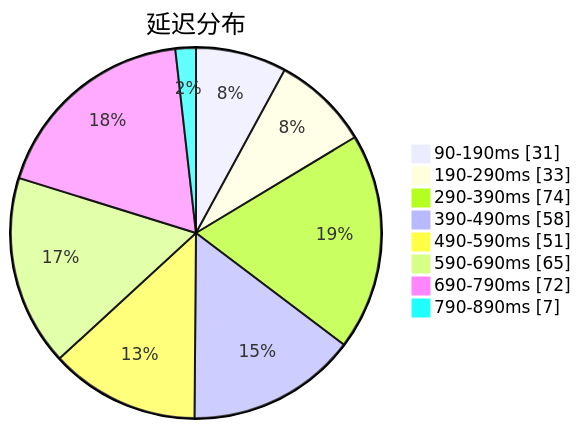
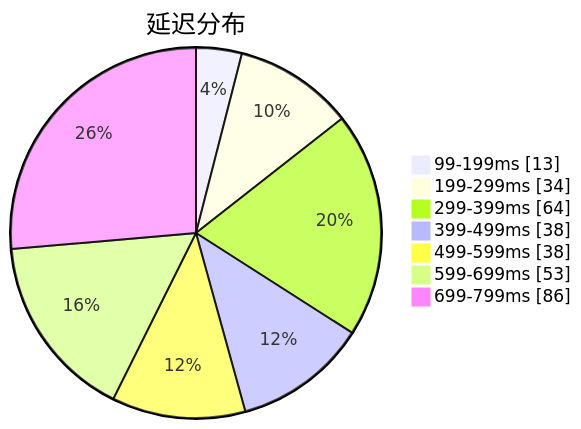
The first of 3 diagrams in subs/statistics/tested_within.md (sinspired/airport), drawn with Mermaid before and after one commit. The commit also changed other lines of this file and 2 other files, not shown here.

````diff
--- a/subs/statistics/tested_within.md
+++ b/subs/statistics/tested_within.md
@@ -2,12 +2,11 @@
 ```mermaid
 pie showData
 title 延迟分布
-"90-190ms" : 31
-"190-290ms" : 33
-"290-390ms" : 74
-"390-490ms" : 58
-"490-590ms" : 51
-"590-690ms" : 65
-"690-790ms" : 72
-"790-890ms" : 7
+"99-199ms" : 13
+"199-299ms" : 34
+"299-399ms" : 64
+"399-499ms" : 38
+"499-599ms" : 38
+"599-699ms" : 53
+"699-799ms" : 86
 ```
````
